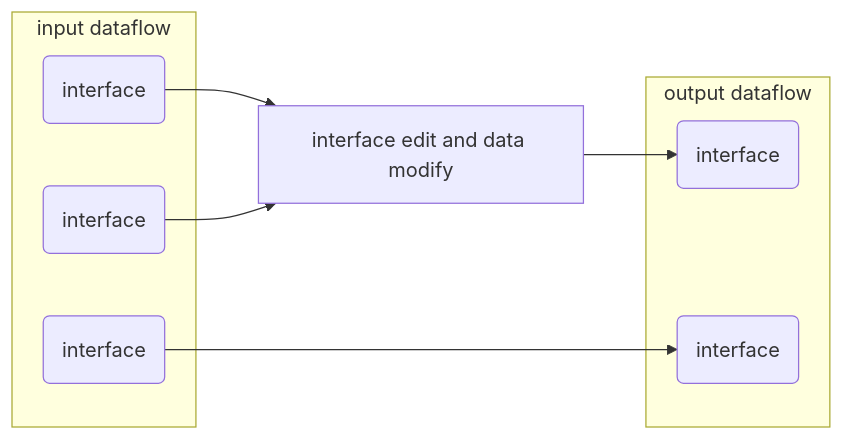
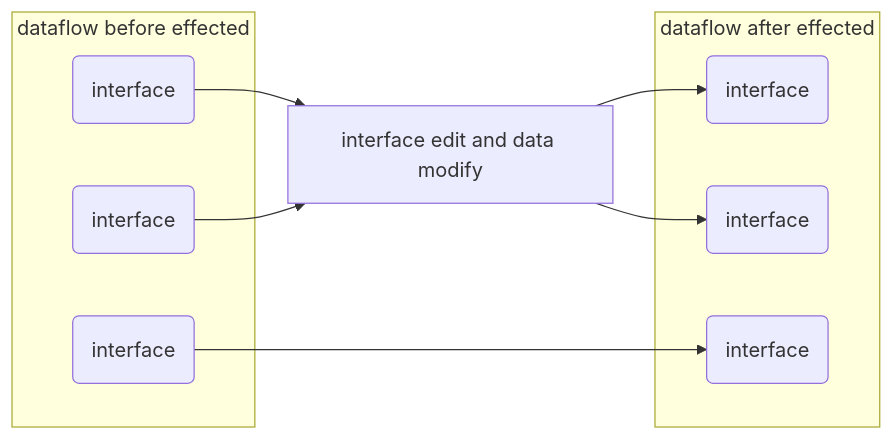
One commit to windwhiterain/Elf changed the ninth of 18 diagrams in readme.md. Above: the diagram before and after it, drawn with Mermaid. The commit also changed other lines of this file, not shown here.

````diff
--- a/readme.md
+++ b/readme.md
@@ -286,16 +315,17 @@
 ```mermaid
 graph LR
-subgraph g1[input dataflow]
+subgraph g1[dataflow before effected]
     int1(interface)
     int2(interface)
     int3(interface)
 end
 int[interface edit and data modify]
-subgraph g2[output dataflow]
+subgraph g2[dataflow after effected]
     int4(interface)
     int5(interface)
+    int6(interface)
 end
-int1-->int-->int4
+int1-->int-->int4 & int6
 int2-->int
-int3-->int5
+int3-->int5 
 ```
````
